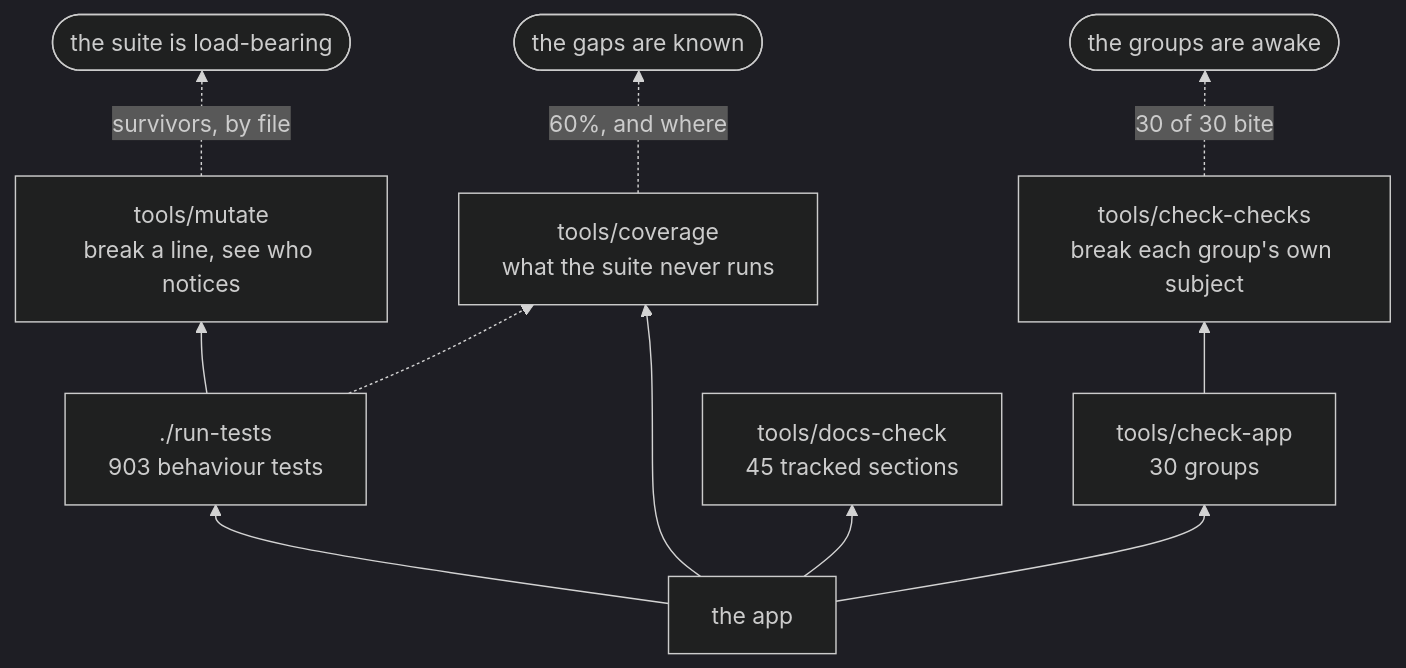
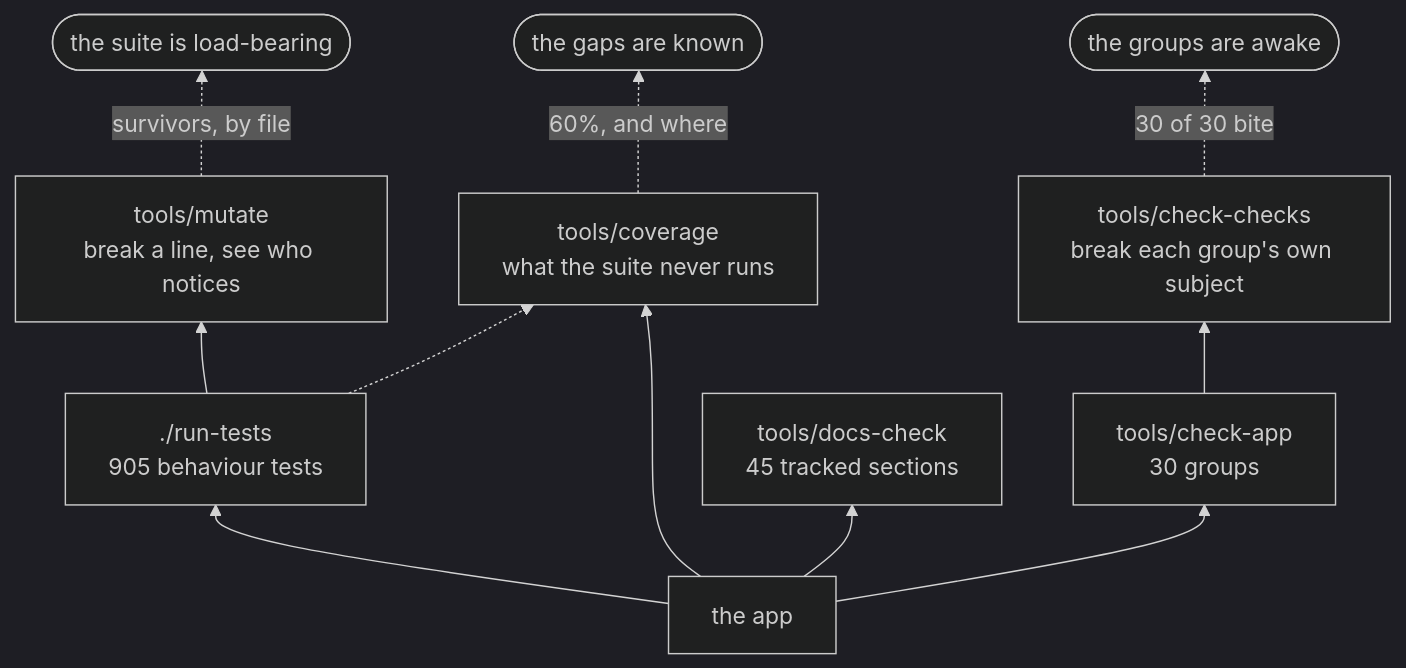
The second of 3 diagrams in docs/DEVELOPING.md (minormending/crystal-pilot-mobile), drawn with Mermaid (dark theme) before and after one commit. The commit also changed other lines of this file and 2 other files, not shown here.

````diff
--- a/docs/DEVELOPING.md
+++ b/docs/DEVELOPING.md
@@ -128,13 +128,13 @@
 ```mermaid
 flowchart BT
-    C["the app"] --> T["./run-tests<br/>903 behaviour tests"]
+    C["the app"] --> T["./run-tests<br/>905 behaviour tests"]
     C --> A["tools/check-app<br/>30 groups"]
     C --> D["tools/docs-check<br/>45 tracked sections"]
     C --> V["tools/coverage<br/>what the suite never runs"]
     T --> M["tools/mutate<br/>break a line, see who notices"]
     A --> K["tools/check-checks<br/>break each group's own subject"]
     T -.-> V
     M -.->|"survivors, by file"| R(["the suite is load-bearing"])
     K -.->|"30 of 30 bite"| R2(["the groups are awake"])
     V -.->|"60%, and where"| R3(["the gaps are known"])
 ```
````
